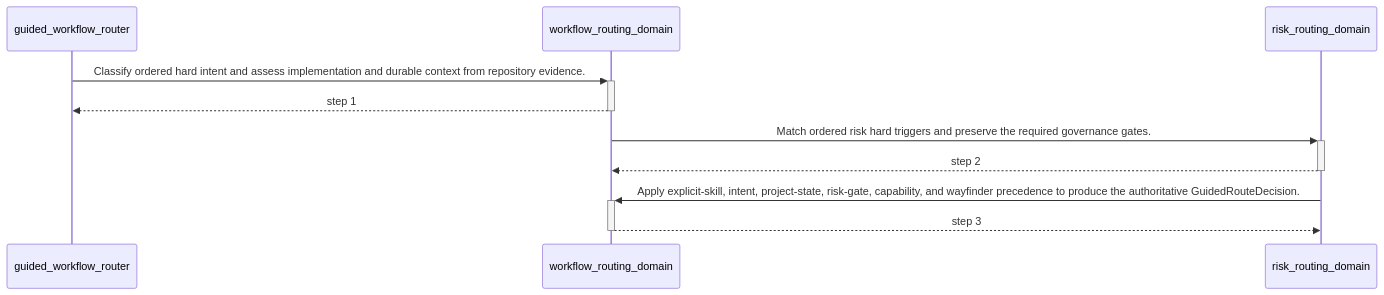
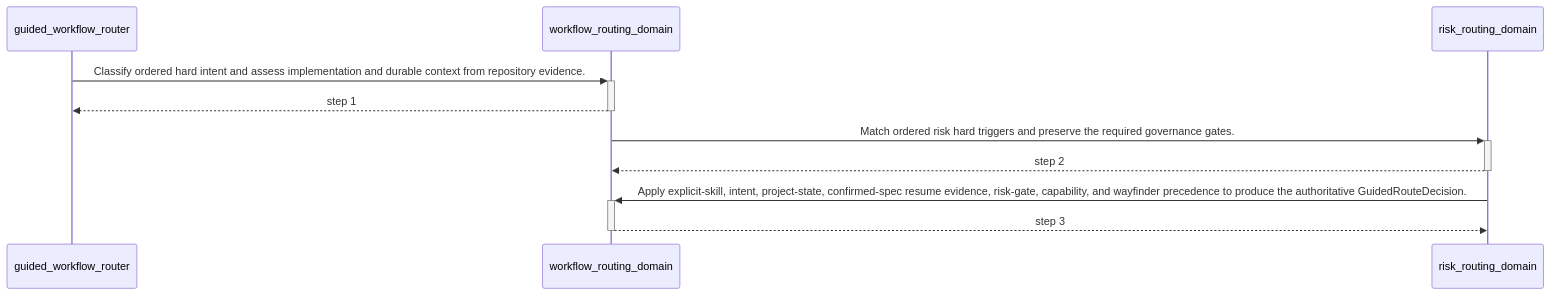
The second of 2 diagrams in plugins/governed-engineering-skills/architecture/generated/guided_workflow_router.md (ShinWeiPeng/skills), drawn with Mermaid before and after one commit. The commit also changed other lines of this file and 21 other files, not shown here.

Commit message:
fix: require explicit confirmed-spec resume evidence

````diff
--- a/plugins/governed-engineering-skills/architecture/generated/guided_workflow_router.md
+++ b/plugins/governed-engineering-skills/architecture/generated/guided_workflow_router.md
@@ -179,12 +180,12 @@
 ```mermaid
 sequenceDiagram
     participant n_guided_workflow_router as guided_workflow_router
     participant n_workflow_routing_domain as workflow_routing_domain
     participant n_risk_routing_domain as risk_routing_domain
     n_guided_workflow_router->>+n_workflow_routing_domain: Classify ordered hard intent and assess implementation and durable context from repository evidence.
     n_workflow_routing_domain-->>-n_guided_workflow_router: step 1
     n_workflow_routing_domain->>+n_risk_routing_domain: Match ordered risk hard triggers and preserve the required governance gates.
     n_risk_routing_domain-->>-n_workflow_routing_domain: step 2
-    n_risk_routing_domain->>+n_workflow_routing_domain: Apply explicit-skill, intent, project-state, risk-gate, capability, and wayfinder precedence to produce the authoritative GuidedRouteDecision.
+    n_risk_routing_domain->>+n_workflow_routing_domain: Apply explicit-skill, intent, project-state, confirmed-spec resume evidence, risk-gate, capability, and wayfinder precedence to produce the authoritative GuidedRouteDecision.
     n_workflow_routing_domain-->>-n_risk_routing_domain: step 3
 ```
````
